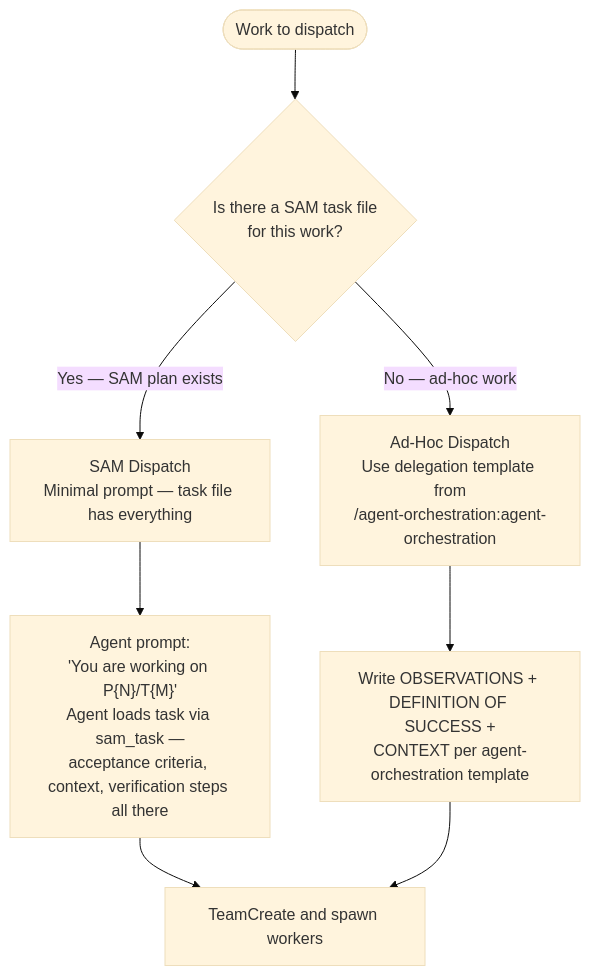
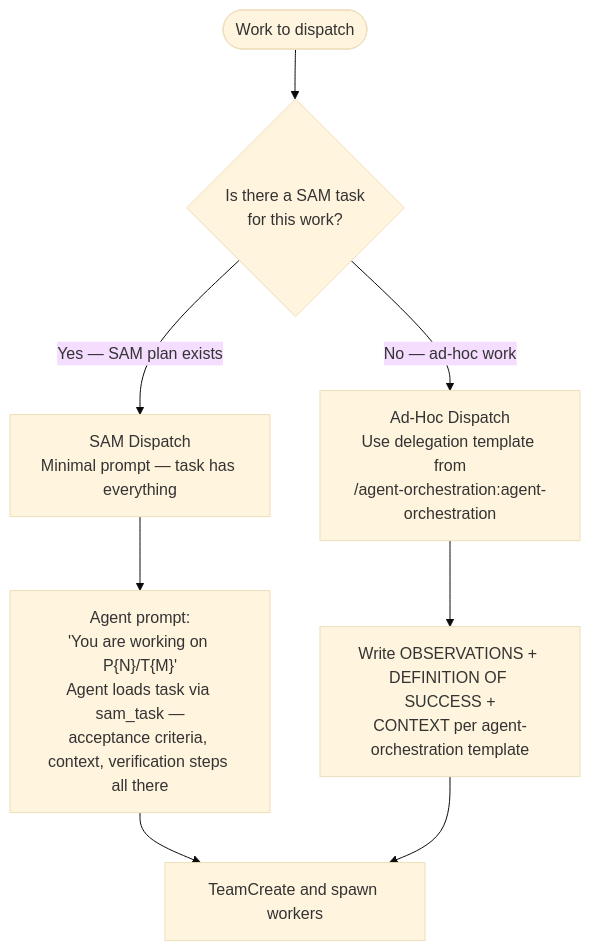
One commit to Jamie-BitFlight/claude_skills changed the first of 3 diagrams in plugins/development-harness/skills/dispatch/SKILL.md. Above: the diagram before and after it, drawn with Mermaid (base theme). The commit also changed other lines of this file and 58 other files, not shown here.

First line of the commit message:
refactor(development-harness): remove file-based SAM task language (#3151) (#3279)

````diff
--- a/plugins/development-harness/skills/dispatch/SKILL.md
+++ b/plugins/development-harness/skills/dispatch/SKILL.md
@@ -16,10 +16,10 @@
 ```mermaid
 flowchart TD
-    Start(["Work to dispatch"]) --> Q{"Is there a SAM task file<br>for this work?"}
-    Q -->|"Yes — SAM plan exists"| SAM["SAM Dispatch<br>Minimal prompt — task file has everything"]
+    Start(["Work to dispatch"]) --> Q{"Is there a SAM task<br>for this work?"}
+    Q -->|"Yes — SAM plan exists"| SAM["SAM Dispatch<br>Minimal prompt — task has everything"]
     Q -->|"No — ad-hoc work"| AdHoc["Ad-Hoc Dispatch<br>Use delegation template from<br>/agent-orchestration:agent-orchestration"]
     SAM --> SAMPrompt["Agent prompt:<br>'You are working on P{N}/T{M}'<br>Agent loads task via sam_task —<br>acceptance criteria, context, verification steps all there"]
     AdHoc --> AdHocPrompt["Write OBSERVATIONS + DEFINITION OF SUCCESS +<br>CONTEXT per agent-orchestration template"]
     SAMPrompt --> Team["TeamCreate and spawn workers"]
     AdHocPrompt --> Team
 ```
````
